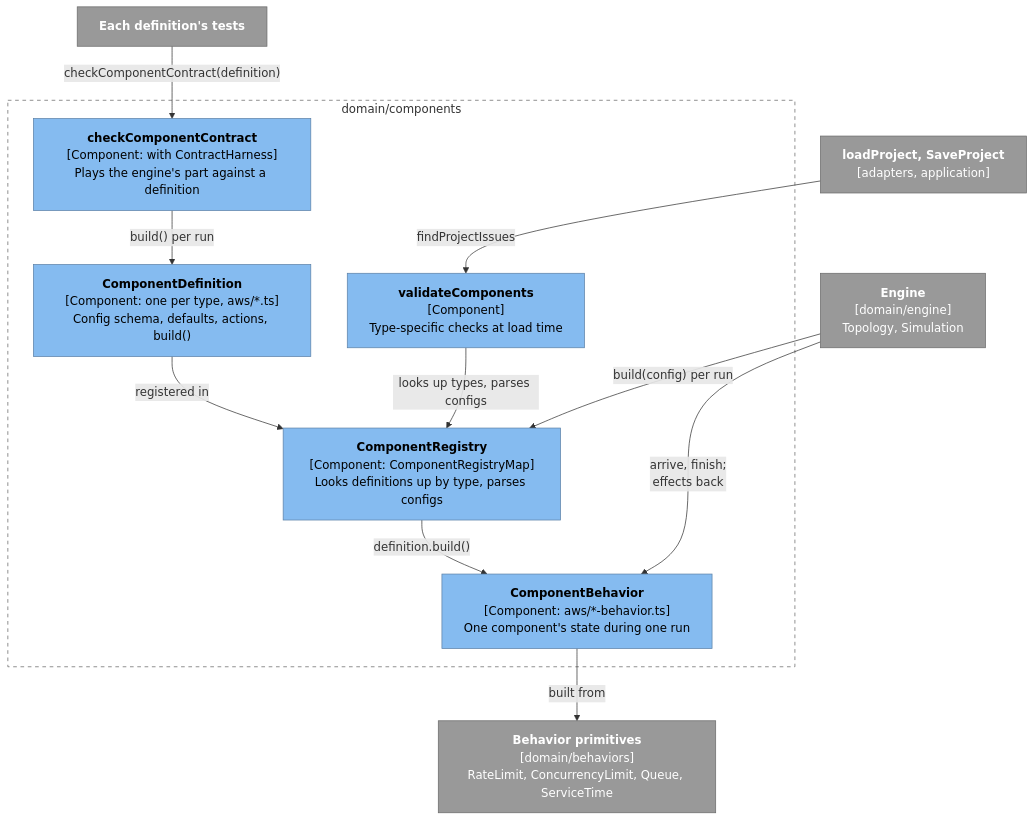
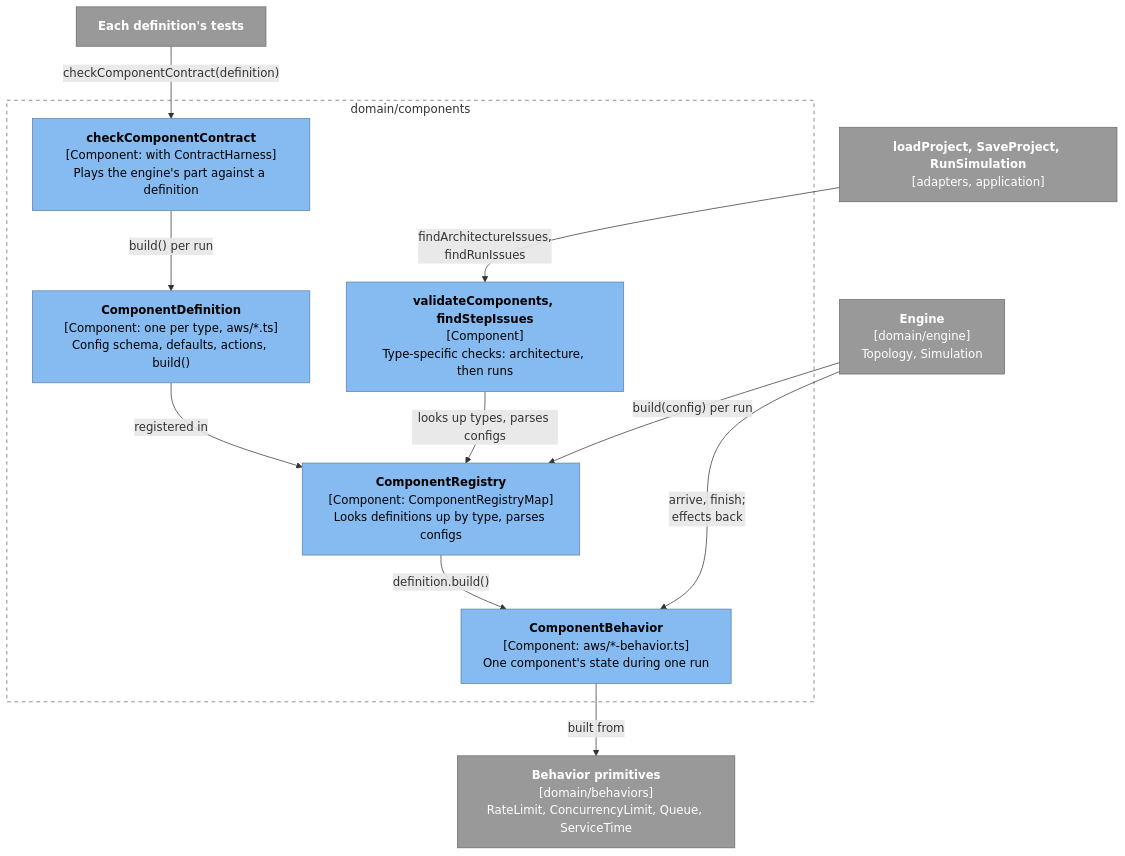
One commit to alanbickel/wind-tunnel changed the first of 3 diagrams in docs/architecture/component-definitions.md. Above: the diagram before and after it, drawn with Mermaid. The commit also changed other lines of this file and 72 other files, not shown here.

Commit message:
feat: validate workflows apart from the architecture (#100)

````diff
--- a/docs/architecture/component-definitions.md
+++ b/docs/architecture/component-definitions.md
@@ -13,30 +13,30 @@
 ```mermaid
 %%{init: {"flowchart": {"wrappingWidth": 320}}}%%
 flowchart TB
     eng["<b>Engine</b><br/>[domain/engine]<br/>Topology, Simulation"]:::external
-    load["<b>loadProject, SaveProject</b><br/>[adapters, application]"]:::external
+    load["<b>loadProject, SaveProject, RunSimulation</b><br/>[adapters, application]"]:::external
     tests["<b>Each definition's tests</b>"]:::external
     subgraph comp["domain/components"]
         def["<b>ComponentDefinition</b><br/>[Component: one per type, aws/*.ts]<br/>Config schema, defaults, actions, build()"]:::component
         reg["<b>ComponentRegistry</b><br/>[Component: ComponentRegistryMap]<br/>Looks definitions up by type, parses configs"]:::component
         beh["<b>ComponentBehavior</b><br/>[Component: aws/*-behavior.ts]<br/>One component's state during one run"]:::component
-        val["<b>validateComponents</b><br/>[Component]<br/>Type-specific checks at load time"]:::component
+        val["<b>validateComponents, findStepIssues</b><br/>[Component]<br/>Type-specific checks: architecture, then runs"]:::component
         contract["<b>checkComponentContract</b><br/>[Component: with ContractHarness]<br/>Plays the engine's part against a definition"]:::component
     end
     prim["<b>Behavior primitives</b><br/>[domain/behaviors]<br/>RateLimit, ConcurrencyLimit, Queue, ServiceTime"]:::external
     def -->|"registered in"| reg
     eng -->|"build(config) per run"| reg
     reg -->|"definition.build()"| beh
     eng -->|"arrive, finish;<br/>effects back"| beh
-    load -->|"findProjectIssues"| val
+    load -->|"findArchitectureIssues,<br/>findRunIssues"| val
     val -->|"looks up types, parses configs"| reg
     tests -->|"checkComponentContract(definition)"| contract
     contract -->|"build() per run"| def
     beh -->|"built from"| prim
     style comp fill:none,stroke:#666,stroke-dasharray:5 5
     classDef person fill:#08427b,stroke:#052e56,color:#fff
     classDef system fill:#1168bd,stroke:#0b4884,color:#fff
     classDef component fill:#85bbf0,stroke:#5d82a8,color:#000
     classDef external fill:#999,stroke:#6b6b6b,color:#fff
     classDef planned fill:#fff,stroke:#1168bd,color:#1168bd,stroke-dasharray:5 5
 ```
````
